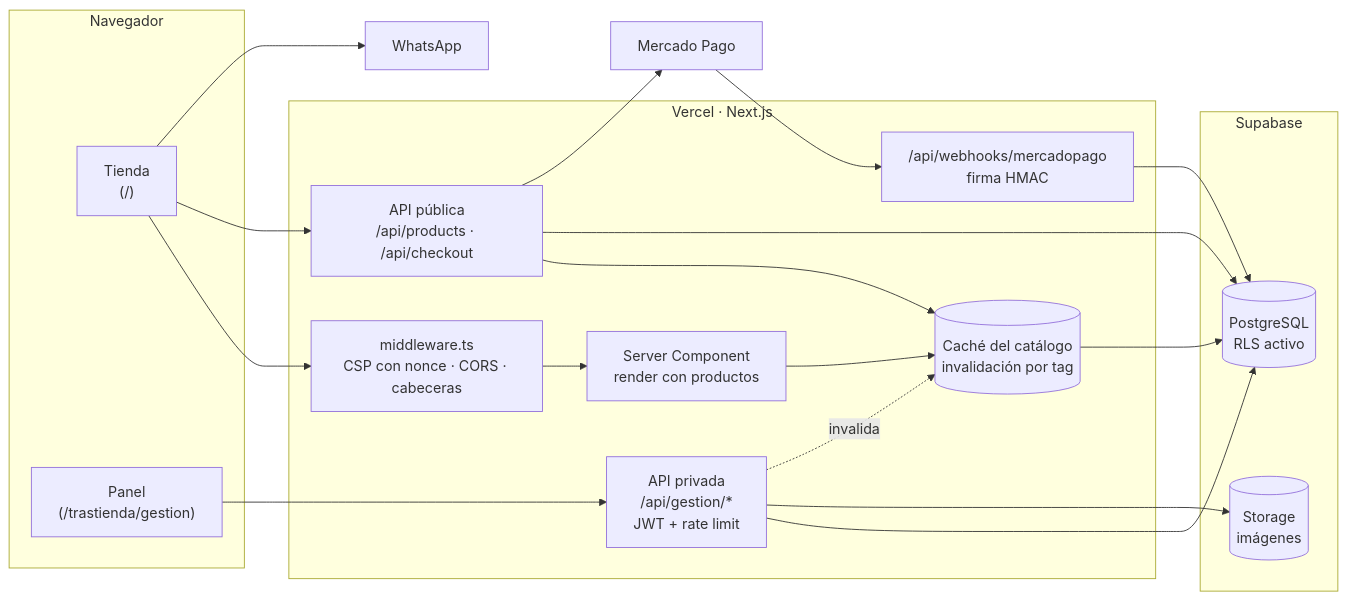
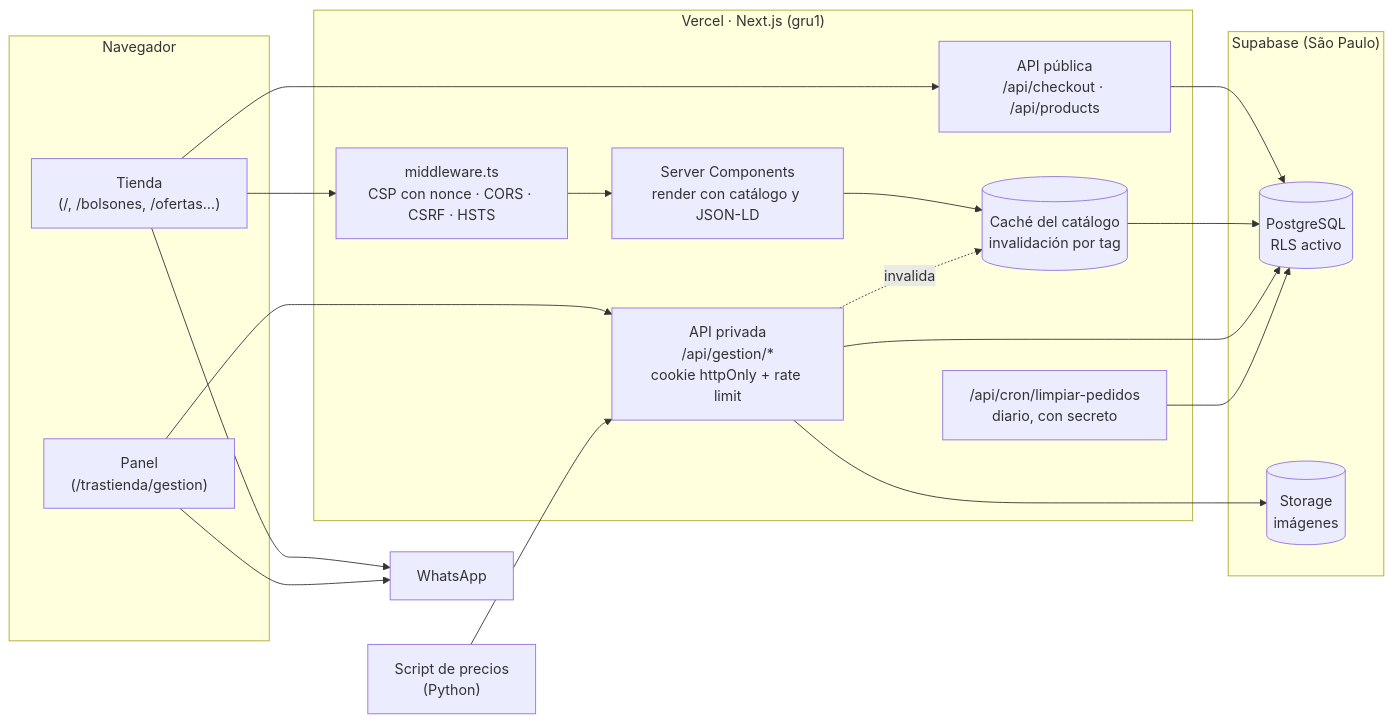
Before and after one commit to JoacoMo/verduleria-web: the first of 2 diagrams in README.md, drawn with Mermaid. The commit also changed other lines of this file and 1 other file, not shown here.

````diff
--- a/README.md
+++ b/README.md
@@ -104,38 +136,38 @@
 ```mermaid
 flowchart LR
     subgraph Navegador
-        T["Tienda<br/>(/)"]
+        T["Tienda<br/>(/, /bolsones, /ofertas…)"]
         P["Panel<br/>(/trastienda/gestion)"]
     end
 
-    subgraph Vercel["Vercel · Next.js"]
-        MW["middleware.ts<br/>CSP con nonce · CORS · cabeceras"]
-        RSC["Server Component<br/>render con productos"]
-        PUB["API pública<br/>/api/products · /api/checkout"]
-        ADM["API privada<br/>/api/gestion/*<br/>JWT + rate limit"]
-        WH["/api/webhooks/mercadopago<br/>firma HMAC"]
+    subgraph Vercel["Vercel · Next.js (gru1)"]
+        MW["middleware.ts<br/>CSP con nonce · CORS · CSRF · HSTS"]
+        RSC["Server Components<br/>render con catálogo y JSON-LD"]
+        PUB["API pública<br/>/api/checkout · /api/products"]
+        ADM["API privada<br/>/api/gestion/*<br/>cookie httpOnly + rate limit"]
+        CRON["/api/cron/limpiar-pedidos<br/>diario, con secreto"]
         CACHE[("Caché del catálogo<br/>invalidación por tag")]
     end
 
-    subgraph Supabase
+    subgraph Supabase["Supabase (São Paulo)"]
         DB[("PostgreSQL<br/>RLS activo")]
         ST[("Storage<br/>imágenes")]
     end
 
-    MP["Mercado Pago"]
     WA["WhatsApp"]
+    PY["Script de precios<br/>(Python)"]
 
     T --> MW --> RSC
     T --> PUB
     P --> ADM
     RSC --> CACHE
-    PUB --> CACHE
+    PUB --> DB
     CACHE --> DB
-    PUB --> DB
     ADM --> DB
     ADM --> ST
     ADM -. invalida .-> CACHE
-    PUB --> MP
-    MP --> WH --> DB
+    CRON --> DB
+    PY --> ADM
     T --> WA
+    P --> WA
 ```
````
